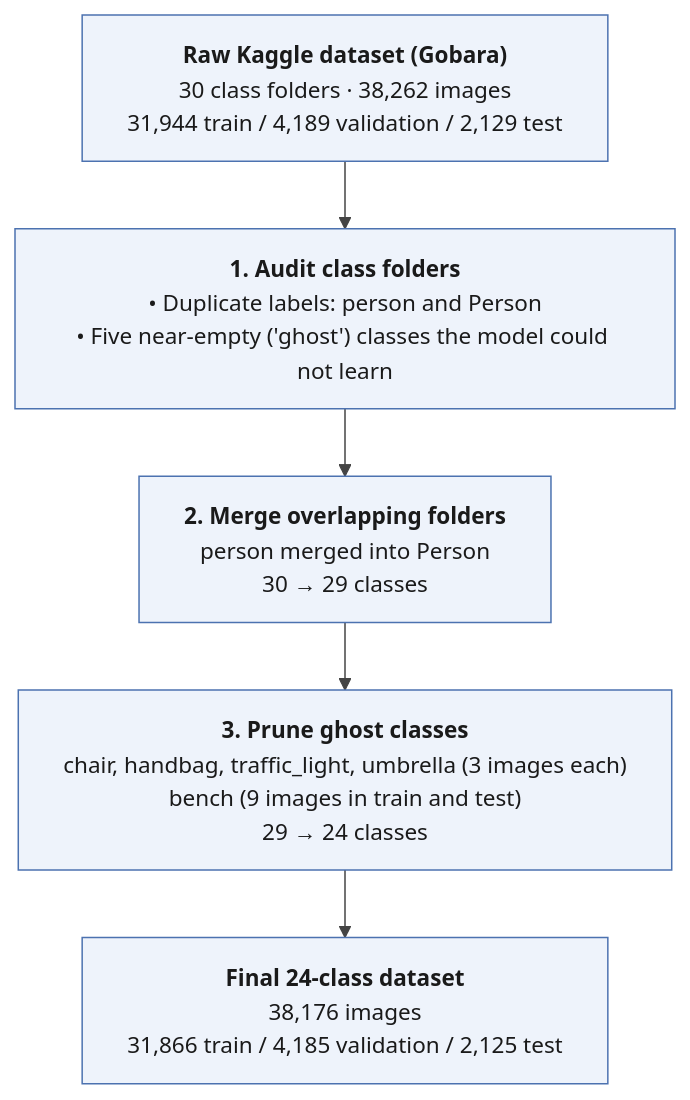
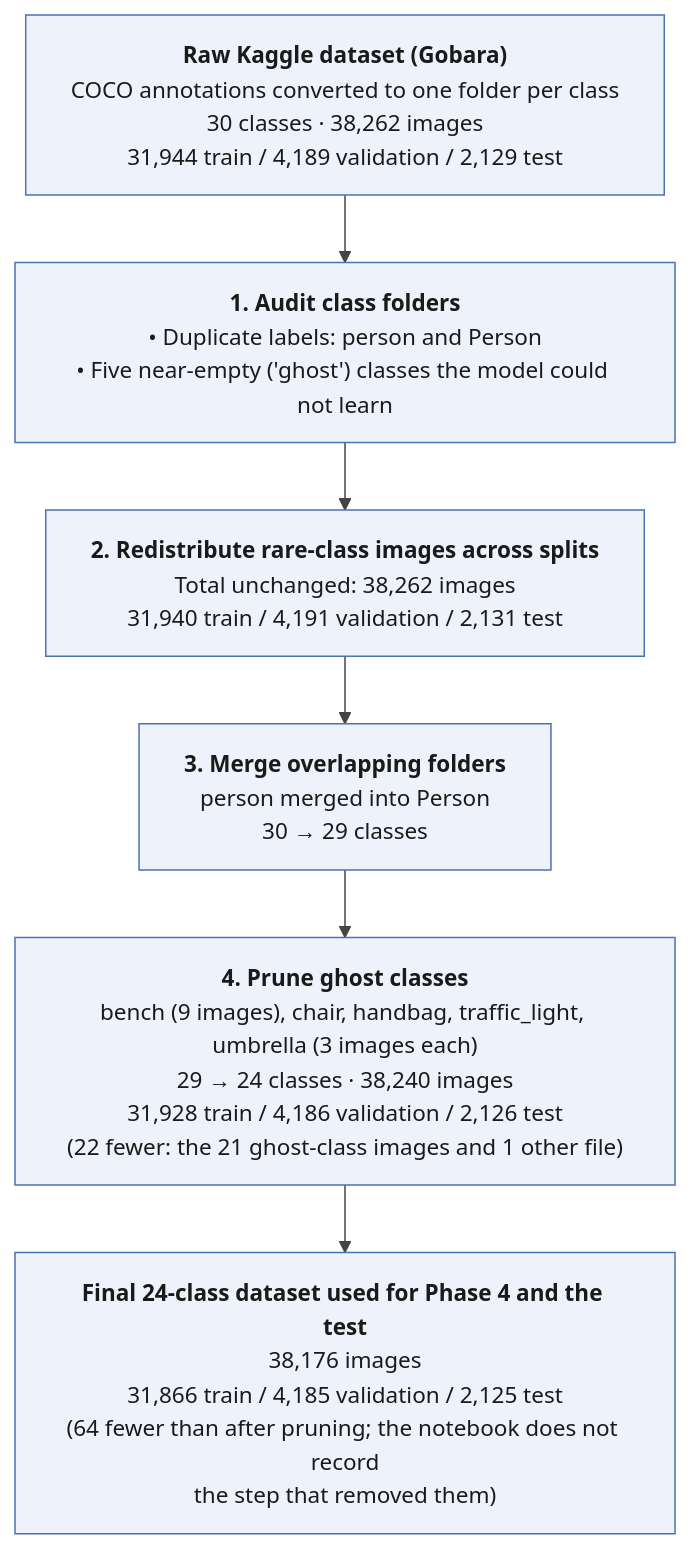
One commit to ciellamher/easylens changed the first of 4 diagrams in docs/figures/03_chapter_3_dataset_and_demographics.md. Above: the diagram before and after it, drawn with Mermaid. The commit also changed other lines of this file and 5 other files, not shown here.

Commit message:
docs(figures): show every recorded dataset count in 3.12; add journal and camera-image flows to 3.7

````diff
--- a/docs/figures/03_chapter_3_dataset_and_demographics.md
+++ b/docs/figures/03_chapter_3_dataset_and_demographics.md
@@ -25,15 +25,17 @@
 ```mermaid
 %%{init: {"theme": "base", "themeVariables": {"primaryColor": "#EEF3FB", "primaryBorderColor": "#4C72B0", "primaryTextColor": "#1A1A1A", "secondaryColor": "#FFF6E5", "tertiaryColor": "#F7F7F7", "lineColor": "#444444", "fontFamily": "arial, sans-serif", "fontSize": "15px", "edgeLabelBackground": "#FFFFFF", "clusterBkg": "#F7F7F7", "clusterBorder": "#9A9A9A", "actorBkg": "#EEF3FB", "actorBorder": "#4C72B0", "actorTextColor": "#1A1A1A", "actorLineColor": "#9A9A9A", "signalColor": "#333333", "signalTextColor": "#1A1A1A", "noteBkgColor": "#F2F2F2", "noteBorderColor": "#9A9A9A", "labelBoxBkgColor": "#F2F2F2", "labelBoxBorderColor": "#9A9A9A", "loopTextColor": "#1A1A1A", "activationBkgColor": "#EEF3FB"}, "flowchart": {"wrappingWidth": 380, "nodeSpacing": 35, "rankSpacing": 45}, "fontFamily": "arial, sans-serif"}}%%
 flowchart TD
-    RAW["<b>Raw Kaggle dataset (Gobara)</b><br/>30 class folders · 38,262 images<br/>31,944 train / 4,189 validation / 2,129 test"]
+    RAW["<b>Raw Kaggle dataset (Gobara)</b><br/>COCO annotations converted to one folder per class<br/>30 classes · 38,262 images<br/>31,944 train / 4,189 validation / 2,129 test"]
 
     AUDIT["<b>1. Audit class folders</b><br/>• Duplicate labels: person and Person<br/>• Five near-empty ('ghost') classes the model could not learn"]
 
-    MERGE["<b>2. Merge overlapping folders</b><br/>person merged into Person<br/>30 → 29 classes"]
+    REDIST["<b>2. Redistribute rare-class images across splits</b><br/>Total unchanged: 38,262 images<br/>31,940 train / 4,191 validation / 2,131 test"]
 
-    PRUNE["<b>3. Prune ghost classes</b><br/>chair, handbag, traffic_light, umbrella (3 images each)<br/>bench (9 images in train and test)<br/>29 → 24 classes"]
+    MERGE["<b>3. Merge overlapping folders</b><br/>person merged into Person<br/>30 → 29 classes"]
 
-    FINAL["<b>Final 24-class dataset</b><br/>38,176 images<br/>31,866 train / 4,185 validation / 2,125 test"]
+    PRUNE["<b>4. Prune ghost classes</b><br/>bench (9 images), chair, handbag, traffic_light, umbrella (3 images each)<br/>29 → 24 classes · 38,240 images<br/>31,928 train / 4,186 validation / 2,126 test<br/>(22 fewer: the 21 ghost-class images and 1 other file)"]
 
-    RAW --> AUDIT --> MERGE --> PRUNE --> FINAL
+    FINAL["<b>Final 24-class dataset used for Phase 4 and the test</b><br/>38,176 images<br/>31,866 train / 4,185 validation / 2,125 test<br/>(64 fewer than after pruning; the notebook does not record<br/>the step that removed them)"]
+
+    RAW --> AUDIT --> REDIST --> MERGE --> PRUNE --> FINAL
 ```
````
